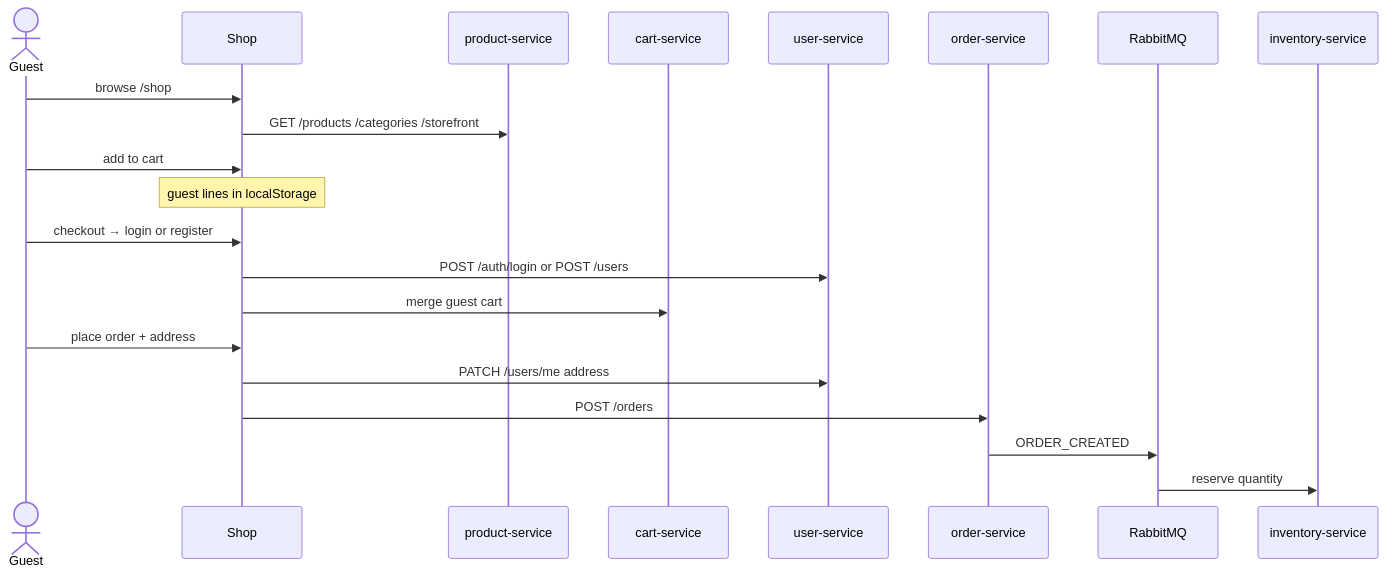
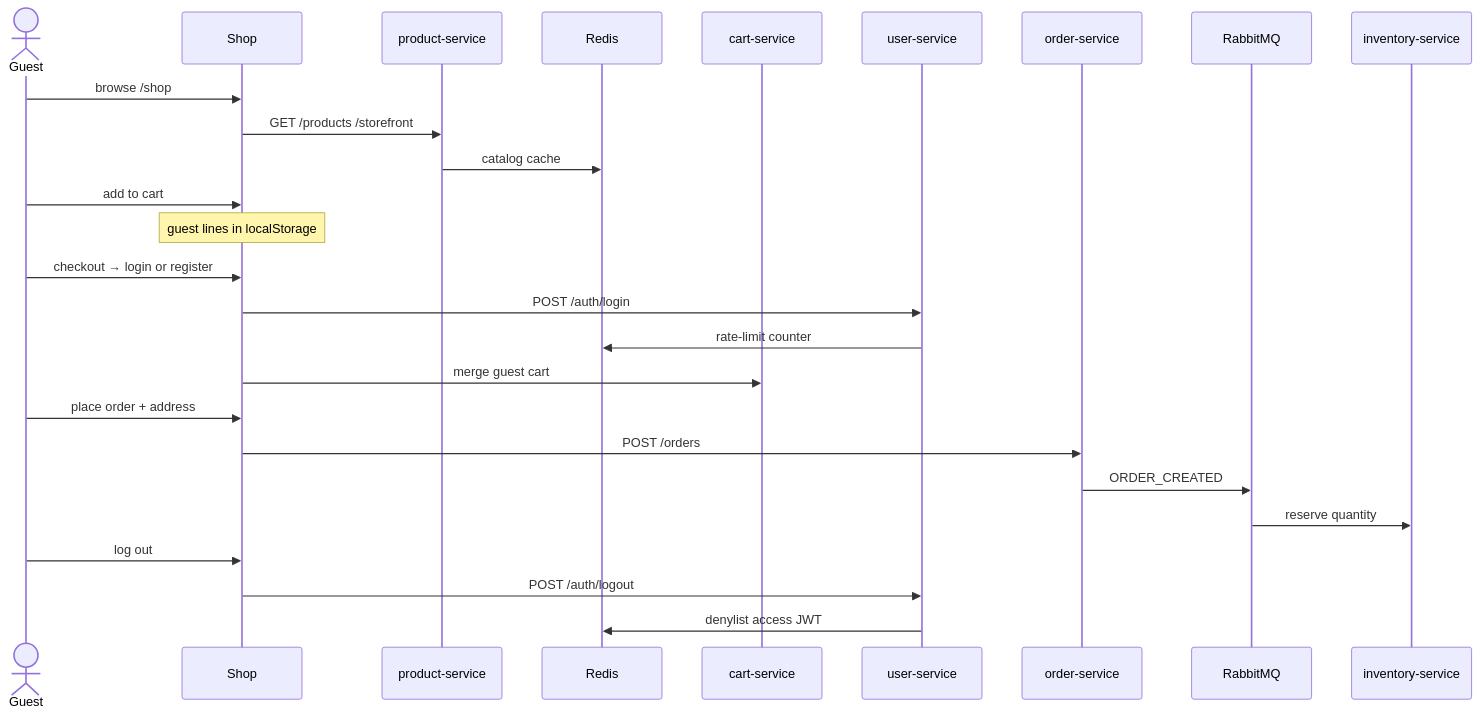
One commit to dipunjan/core-platform changed the second of 2 diagrams in docs/architecture.md. Above: the diagram before and after it, drawn with Mermaid. The commit also changed other lines of this file and 37 other files, not shown here.

````diff
--- a/docs/architecture.md
+++ b/docs/architecture.md
@@ -60,24 +59,29 @@
 ```mermaid
 sequenceDiagram
   actor Guest
   participant Shop
   participant Product as product-service
+  participant Redis
   participant CartAPI as cart-service
   participant User as user-service
   participant Order as order-service
   participant Rabbit as RabbitMQ
   participant Stock as inventory-service
 
   Guest->>Shop: browse /shop
-  Shop->>Product: GET /products /categories /storefront
+  Shop->>Product: GET /products /storefront
+  Product->>Redis: catalog cache
   Guest->>Shop: add to cart
   Note over Shop: guest lines in localStorage
   Guest->>Shop: checkout → login or register
-  Shop->>User: POST /auth/login or POST /users
+  Shop->>User: POST /auth/login
+  User->>Redis: rate-limit counter
   Shop->>CartAPI: merge guest cart
   Guest->>Shop: place order + address
-  Shop->>User: PATCH /users/me address
   Shop->>Order: POST /orders
   Order->>Rabbit: ORDER_CREATED
   Rabbit->>Stock: reserve quantity
+  Guest->>Shop: log out
+  Shop->>User: POST /auth/logout
+  User->>Redis: denylist access JWT
 ```
````
